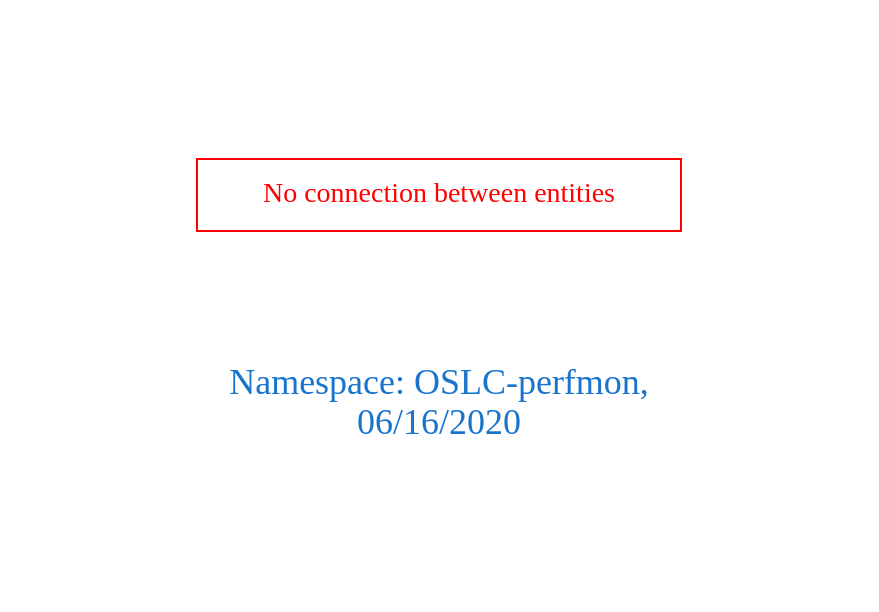
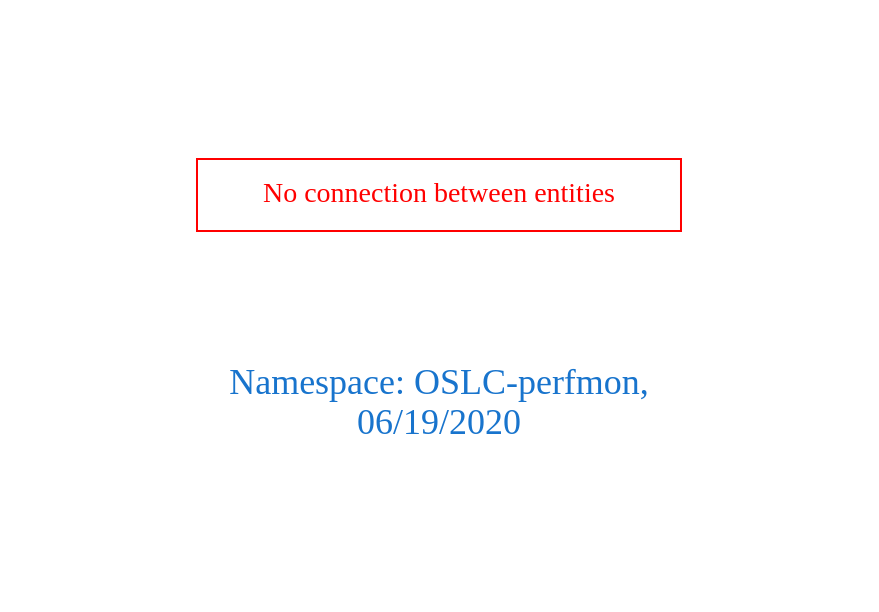
One commit to arago/OGIT changed the diagram in downloads/OSLC-perfmon.dot. Above: the diagram before and after it, drawn with Graphviz. The commit also changed 1750 other files, not shown here.

```diff
--- a/downloads/OSLC-perfmon.dot
+++ b/downloads/OSLC-perfmon.dot
@@ -1,9 +1,9 @@
 digraph OGIT_ontology {
  graph [ rankdir= LR,pad=1 
 fontsize = 18,
-fontcolor= dodgerblue3,label = "\n\n\nNamespace: OSLC-perfmon, \n 06/16/2020"];
+fontcolor= dodgerblue3,label = "\n\n\nNamespace: OSLC-perfmon, \n 06/19/2020"];
 node[shape=polygon];
 edge [  color="gray81"];
 
 "No connection between entities" [fontcolor = "red",color="red", shape="polygon"]
 }
```
